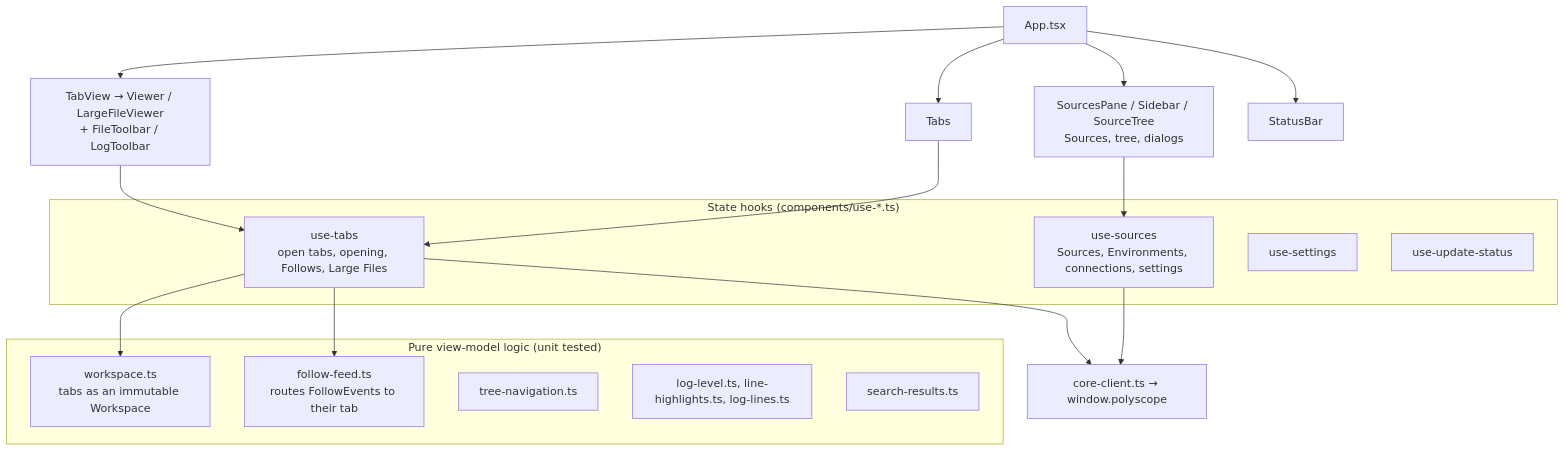
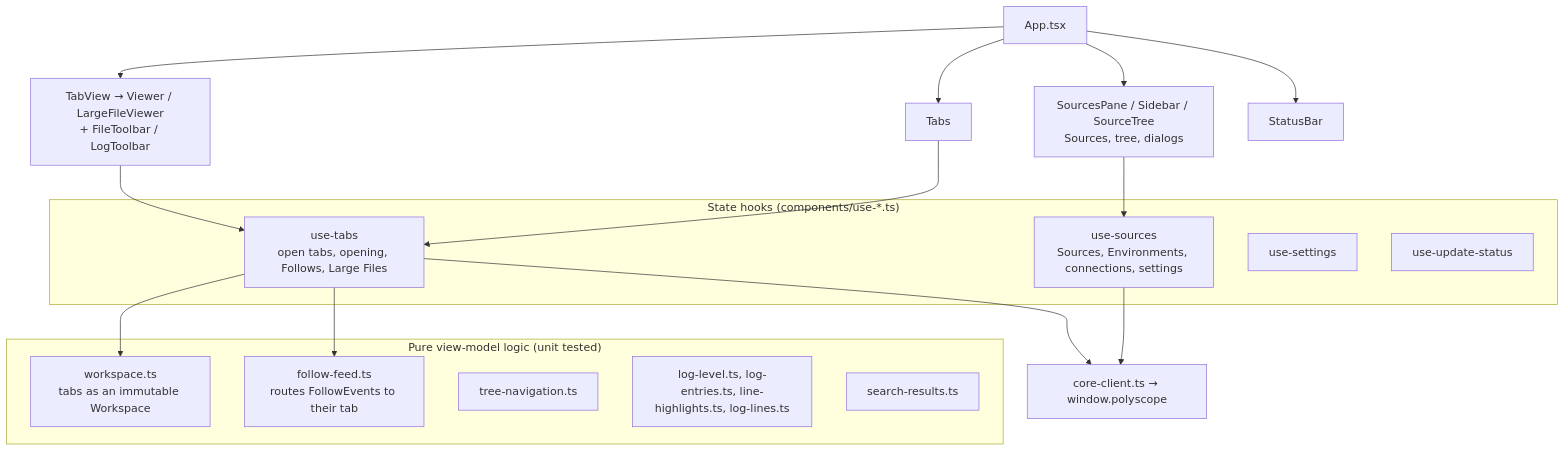
Before and after one commit to ducttapeworksorg/polyscope: the fourth of 7 diagrams in docs/architecture.md, drawn with Mermaid. The commit also changed other lines of this file and 16 other files, not shown here.

First line of the commit message:
feat: filter a log view by Log Level

````diff
--- a/docs/architecture.md
+++ b/docs/architecture.md
@@ -343,31 +343,31 @@
 ```mermaid
 flowchart TB
   App["App.tsx"]
   App --> SP["SourcesPane / Sidebar / SourceTree<br/>Sources, tree, dialogs"]
   App --> Tabs["Tabs"]
   App --> TV["TabView → Viewer / LargeFileViewer<br/>+ FileToolbar / LogToolbar"]
   App --> SB["StatusBar"]
 
   subgraph Hooks["State hooks (components/use-*.ts)"]
     US["use-sources<br/>Sources, Environments, connections, settings"]
     UT["use-tabs<br/>open tabs, opening, Follows, Large Files"]
     USet["use-settings"]
     UU["use-update-status"]
   end
 
   subgraph Pure["Pure view-model logic (unit tested)"]
     WS["workspace.ts<br/>tabs as an immutable Workspace"]
     FF["follow-feed.ts<br/>routes FollowEvents to their tab"]
     TN["tree-navigation.ts"]
-    LH["log-level.ts, line-highlights.ts, log-lines.ts"]
+    LH["log-level.ts, log-entries.ts, line-highlights.ts, log-lines.ts"]
     SR["search-results.ts"]
   end
 
   SP --> US
   Tabs --> UT
   TV --> UT
   UT --> WS
   UT --> FF
   US --> CC["core-client.ts → window.polyscope"]
   UT --> CC
 ```
````
